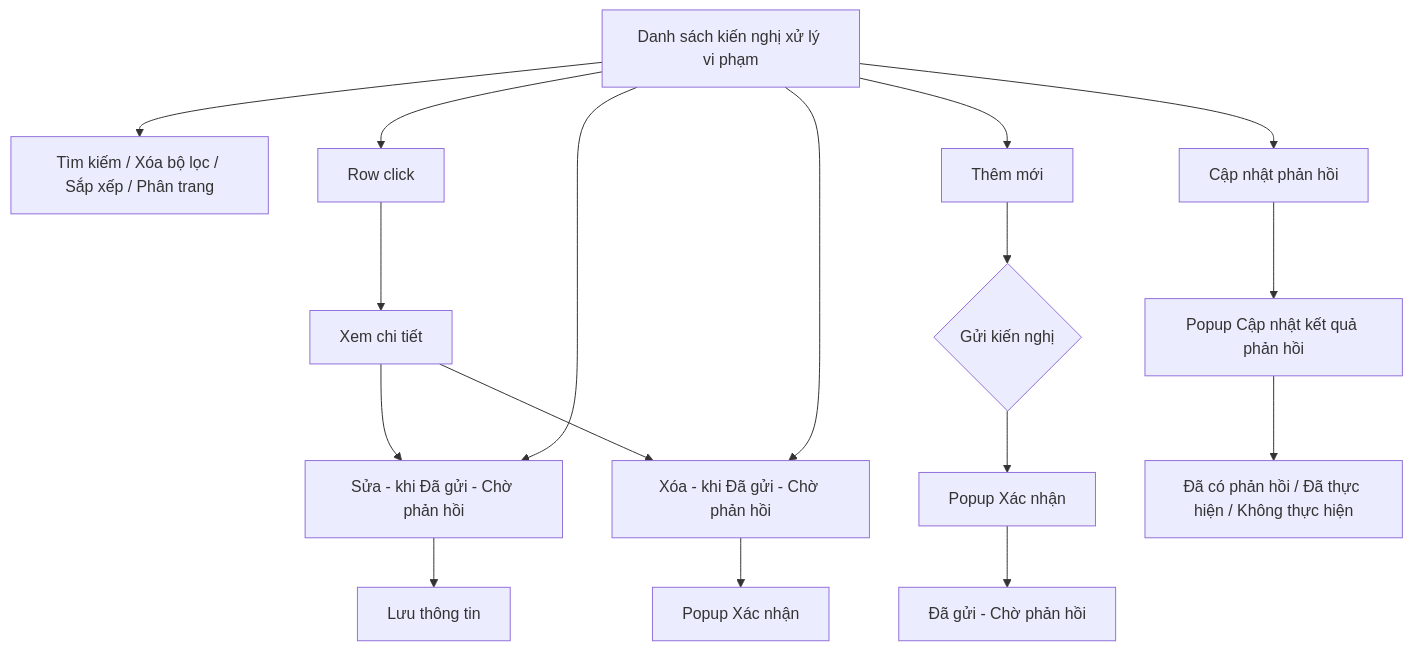
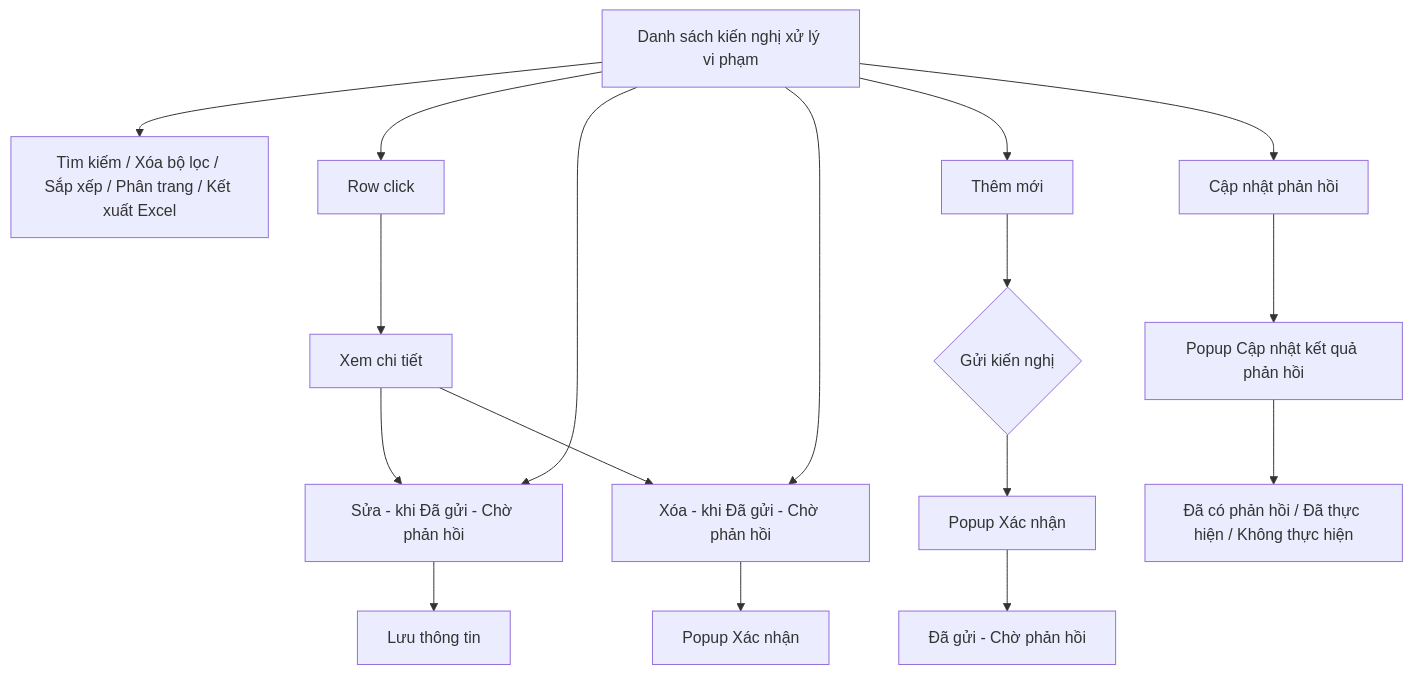
One commit to huyendt2007/BPBD_UI changed the diagram in Tai_lieu_SRS/03_Website_Quan_tri/03_Cong_tac_boi_thuong/SRS_BTNN_STP_KienNghi_XuLyViPham_GQBT.md. Above: the diagram before and after it, drawn with Mermaid. The commit also changed other lines of this file and 155 other files, not shown here.

First line of the commit message:
feat(btnn): Kết xuất Excel 16 module, Tài liệu đính kèm, Bị trả lại, E-Form DVC

````diff
--- a/Tai_lieu_SRS/03_Website_Quan_tri/03_Cong_tac_boi_thuong/SRS_BTNN_STP_KienNghi_XuLyViPham_GQBT.md
+++ b/Tai_lieu_SRS/03_Website_Quan_tri/03_Cong_tac_boi_thuong/SRS_BTNN_STP_KienNghi_XuLyViPham_GQBT.md
@@ -29,13 +29,13 @@
 ```mermaid
 flowchart TD
-    A[Danh sách kiến nghị xử lý vi phạm] --> B[Tìm kiếm / Xóa bộ lọc / Sắp xếp / Phân trang]
+    A[Danh sách kiến nghị xử lý vi phạm] --> B[Tìm kiếm / Xóa bộ lọc / Sắp xếp / Phân trang / Kết xuất Excel]
     A --> G[Row click] --> K[Xem chi tiết]
     K --> E
     K --> F
     A --> C[Thêm mới] --> S{Gửi kiến nghị}
     S --> X1[Popup Xác nhận] --> W["Đã gửi - Chờ phản hồi"]
     A --> E[Sửa - khi Đã gửi - Chờ phản hồi] --> D[Lưu thông tin]
     A --> F[Xóa - khi Đã gửi - Chờ phản hồi] --> X2[Popup Xác nhận]
     A --> R[Cập nhật phản hồi] --> P[Popup Cập nhật kết quả phản hồi]
     P --> R1["Đã có phản hồi / Đã thực hiện / Không thực hiện"]
 ```
````
